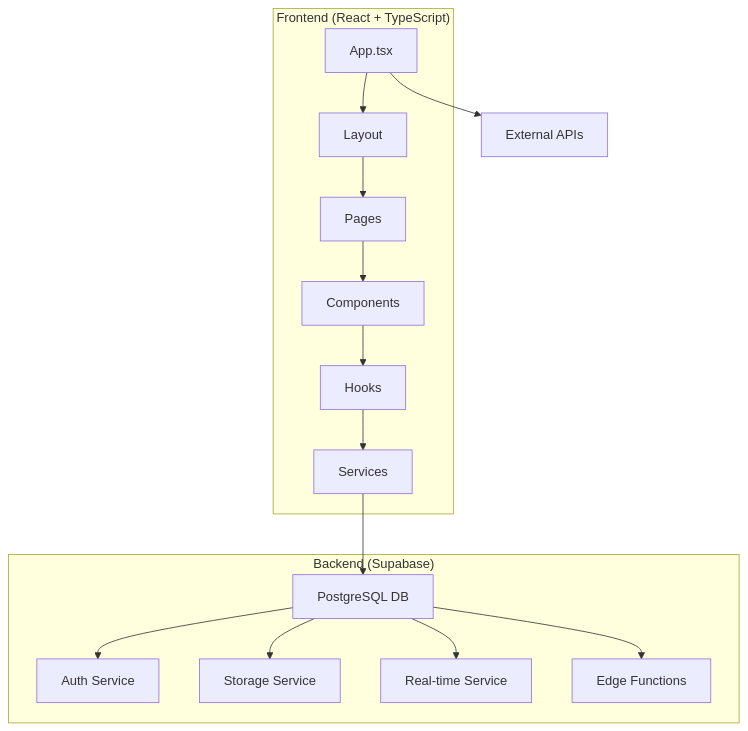
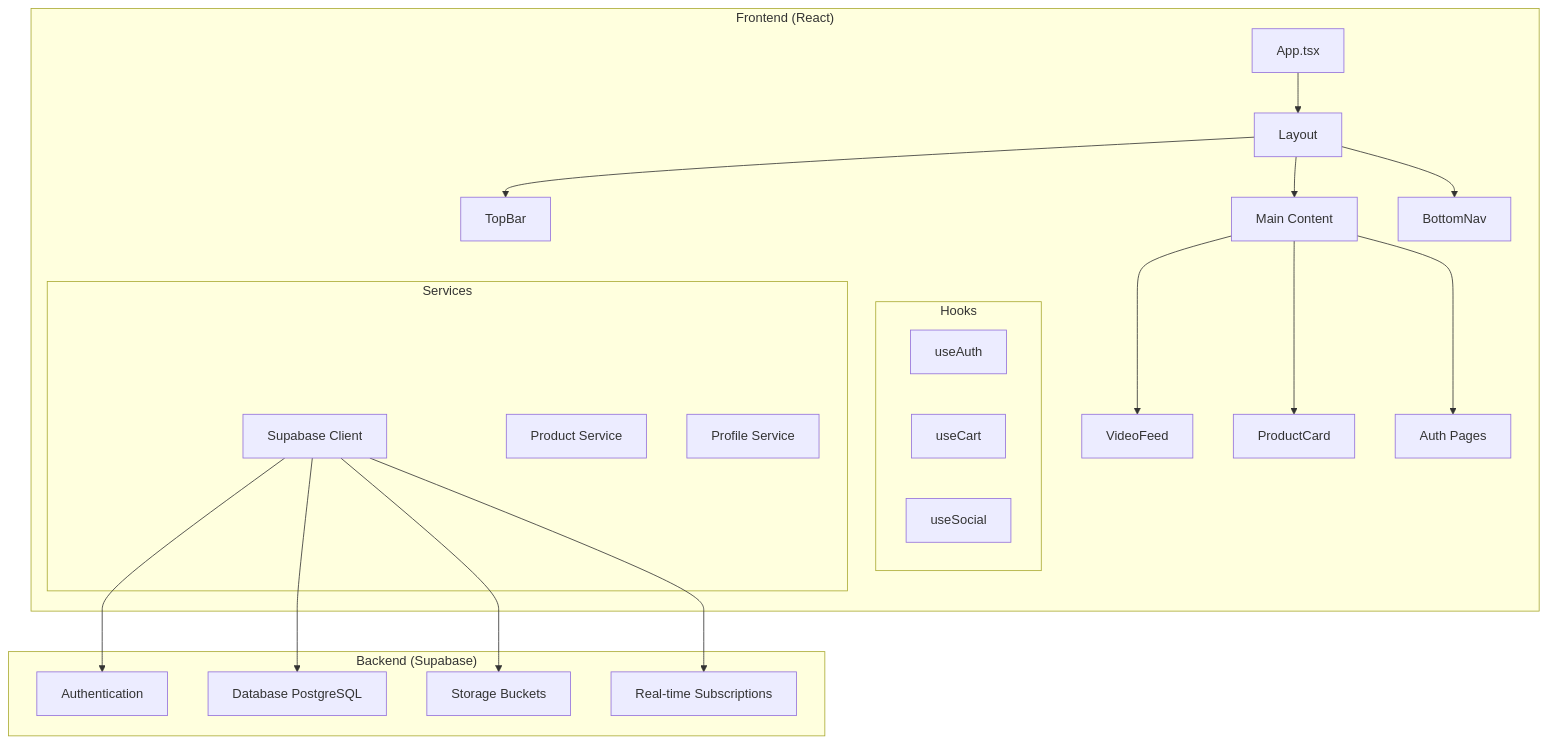
One commit to moonback/project-SocialCart changed the first of 5 diagrams in ARCHITECTURE.md. Above: the diagram before and after it, drawn with Mermaid. The commit also changed other lines of this file and 5 other files, not shown here.

First line of the commit message:
Update documentation and architecture for SocialCart

````diff
--- a/ARCHITECTURE.md
+++ b/ARCHITECTURE.md
@@ -9,20 +26,36 @@
 ```mermaid
 graph TB
-    subgraph "Frontend (React + TypeScript)"
+    subgraph "Frontend (React)"
         A[App.tsx] --> B[Layout]
-        B --> C[Pages]
-        C --> D[Components]
-        D --> E[Hooks]
-        E --> F[Services]
+        B --> C[TopBar]
+        B --> D[Main Content]
+        B --> E[BottomNav]
+        D --> F[VideoFeed]
+        D --> G[ProductCard]
+        D --> H[Auth Pages]
+        
+        subgraph "Hooks"
+            I[useAuth]
+            J[useCart]
+            K[useSocial]
+        end
+        
+        subgraph "Services"
+            L[Supabase Client]
+            M[Product Service]
+            N[Profile Service]
+        end
     end
     
     subgraph "Backend (Supabase)"
-        G[PostgreSQL DB] --> H[Auth Service]
-        G --> I[Storage Service]
-        G --> J[Real-time Service]
-        G --> K[Edge Functions]
+        O[Authentication]
+        P[Database PostgreSQL]
+        Q[Storage Buckets]
+        R[Real-time Subscriptions]
     end
     
-    F --> G
-    A --> L[External APIs]
+    L --> O
+    L --> P
+    L --> Q
+    L --> R
 ```
````
